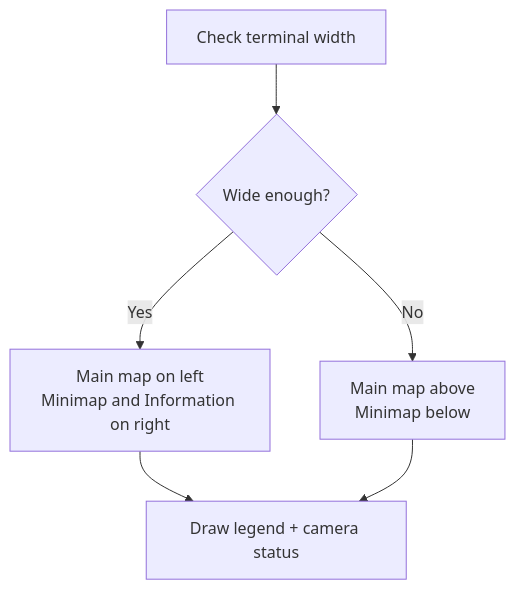
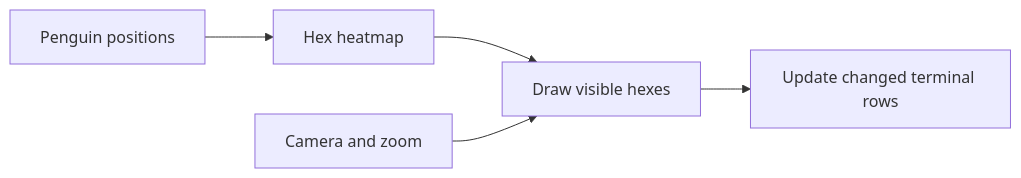
Before and after one commit to KindOfGod/PengSim: the diagram in src/PengSim.UI/RENDERING.md, drawn with Mermaid. The commit also changed other lines of this file and 1 other file, not shown here.

````diff
--- a/src/PengSim.UI/RENDERING.md
+++ b/src/PengSim.UI/RENDERING.md
@@ -124,8 +5,7 @@
 ```mermaid
-flowchart TD
-    A["Check terminal width"] --> B{"Wide enough?"}
-    B -->|Yes| C["Main map on left<br/>Minimap and Information on right"]
-    B -->|No| D["Main map above<br/>Minimap below"]
-    C --> E["Draw legend + camera status"]
-    D --> E
+flowchart LR
+    A["Penguin positions"] --> B["Hex heatmap"]
+    B --> C["Draw visible hexes"]
+    D["Camera and zoom"] --> C
+    C --> E["Update changed terminal rows"]
 ```
````
